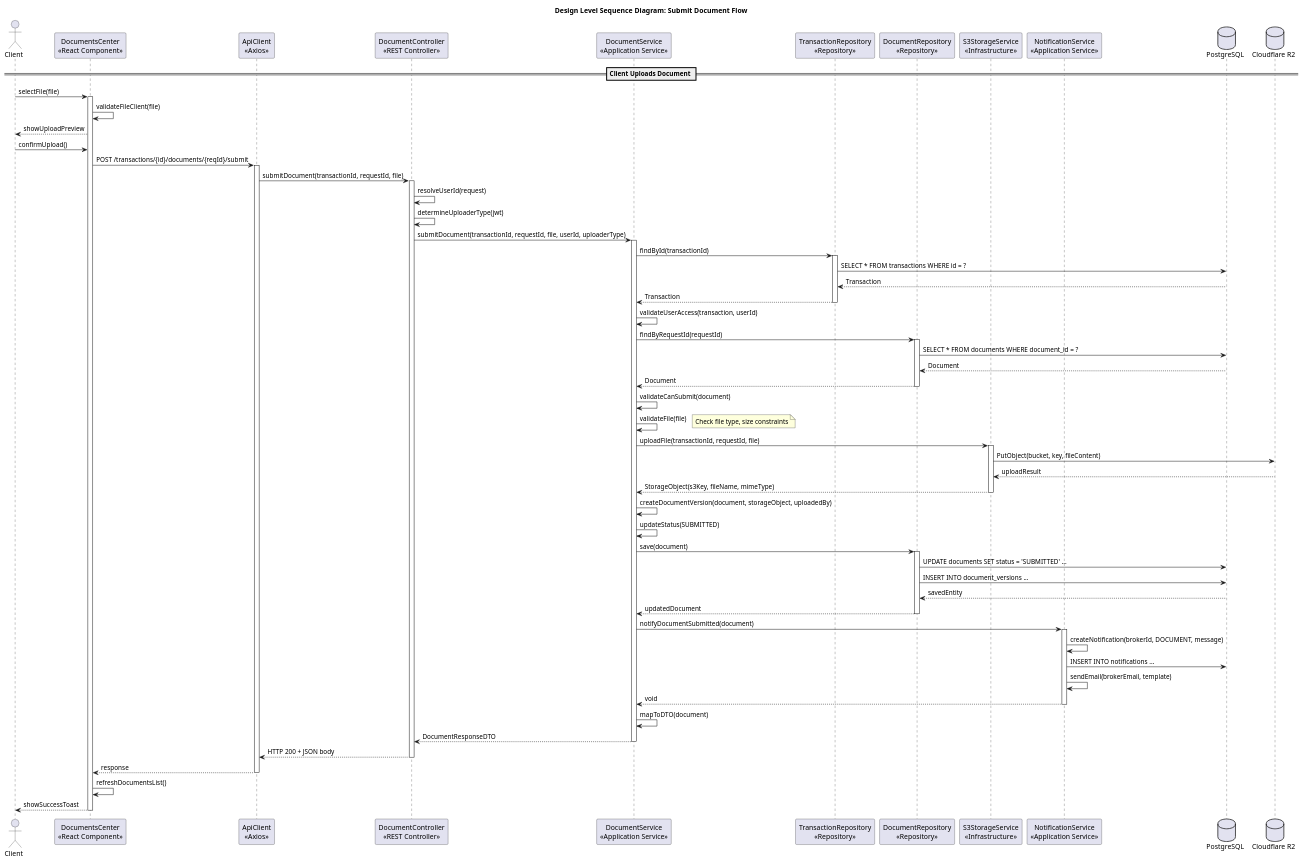
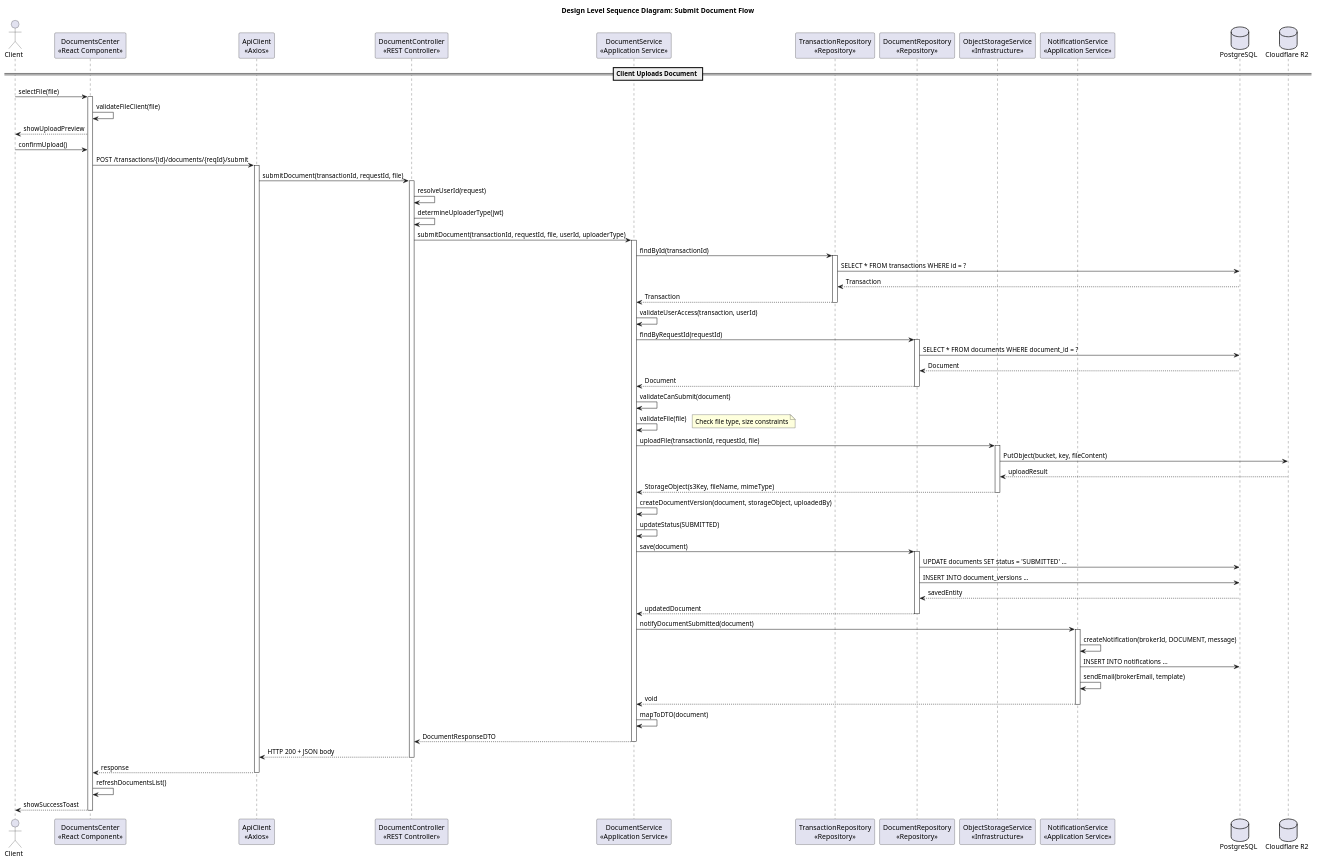
One commit to CourtierPro/CourtierPro changed the diagram in docs/PersonalUseCase/Shawn/ManageTransactionDocuments/Artifacts/DesignLevelSequenceDiagram.puml. Above: the diagram before and after it, drawn with PlantUML. The commit also changed 23 other files, not shown here.

Commit message:
Rename S3StorageService to ObjectStorageService

```diff
--- a/docs/PersonalUseCase/Shawn/ManageTransactionDocuments/Artifacts/DesignLevelSequenceDiagram.puml
+++ b/docs/PersonalUseCase/Shawn/ManageTransactionDocuments/Artifacts/DesignLevelSequenceDiagram.puml
@@ -1,104 +1,104 @@
 @startuml DesignLevelSequenceDiagram
 !pragma teoz true
 
 title Design Level Sequence Diagram: Submit Document Flow
 
 actor "Client" as Client
 participant "DocumentsCenter\n<<React Component>>" as UI
 participant "ApiClient\n<<Axios>>" as ApiClient
 participant "DocumentController\n<<REST Controller>>" as Controller
 participant "DocumentService\n<<Application Service>>" as Service
 participant "TransactionRepository\n<<Repository>>" as TxnRepo
 participant "DocumentRepository\n<<Repository>>" as DocRepo
-participant "S3StorageService\n<<Infrastructure>>" as S3
+participant "ObjectStorageService\n<<Infrastructure>>" as S3
 participant "NotificationService\n<<Application Service>>" as Notif
 database "PostgreSQL" as DB
 database "Cloudflare R2" as R2Store
 
 == Client Uploads Document ==
 
 Client -> UI: selectFile(file)
 activate UI
 UI -> UI: validateFileClient(file)
 UI --> Client: showUploadPreview
 
 Client -> UI: confirmUpload()
 UI -> ApiClient: POST /transactions/{id}/documents/{reqId}/submit
 activate ApiClient
 ApiClient -> Controller: submitDocument(transactionId, requestId, file)
 activate Controller
 
 Controller -> Controller: resolveUserId(request)
 Controller -> Controller: determineUploaderType(jwt)
 Controller -> Service: submitDocument(transactionId, requestId, file, userId, uploaderType)
 activate Service
 
 ' Validate Transaction Access
 Service -> TxnRepo: findById(transactionId)
 activate TxnRepo
 TxnRepo -> DB: SELECT * FROM transactions WHERE id = ?
 DB --> TxnRepo: Transaction
 TxnRepo --> Service: Transaction
 deactivate TxnRepo
 
 Service -> Service: validateUserAccess(transaction, userId)
 
 ' Validate Document Request
 Service -> DocRepo: findByRequestId(requestId)
 activate DocRepo
 DocRepo -> DB: SELECT * FROM documents WHERE document_id = ?
 DB --> DocRepo: Document
 DocRepo --> Service: Document
 deactivate DocRepo
 
 Service -> Service: validateCanSubmit(document)
 
 ' Validate File
 Service -> Service: validateFile(file)
 note right: Check file type, size constraints
 
 ' Upload to Cloudflare R2
 Service -> S3: uploadFile(transactionId, requestId, file)
 activate S3
 S3 -> R2Store: PutObject(bucket, key, fileContent)
 R2Store --> S3: uploadResult
 S3 --> Service: StorageObject(s3Key, fileName, mimeType)
 deactivate S3
 
 ' Create DocumentVersion
 Service -> Service: createDocumentVersion(document, storageObject, uploadedBy)
 
 ' Update Document
 Service -> Service: updateStatus(SUBMITTED)
 Service -> DocRepo: save(document)
 activate DocRepo
 DocRepo -> DB: UPDATE documents SET status = 'SUBMITTED' ...
 DocRepo -> DB: INSERT INTO document_versions ...
 DB --> DocRepo: savedEntity
 DocRepo --> Service: updatedDocument
 deactivate DocRepo
 
 ' Send Notification
 Service -> Notif: notifyDocumentSubmitted(document)
 activate Notif
 Notif -> Notif: createNotification(brokerId, DOCUMENT, message)
 Notif -> DB: INSERT INTO notifications ...
 Notif -> Notif: sendEmail(brokerEmail, template)
 Notif --> Service: void
 deactivate Notif
 
 ' Map to DTO
 Service -> Service: mapToDTO(document)
 Service --> Controller: DocumentResponseDTO
 deactivate Service
 
 Controller --> ApiClient: HTTP 200 + JSON body
 deactivate Controller
 ApiClient --> UI: response
 deactivate ApiClient
 
 UI -> UI: refreshDocumentsList()
 UI --> Client: showSuccessToast
 deactivate UI
 
 @enduml
```
